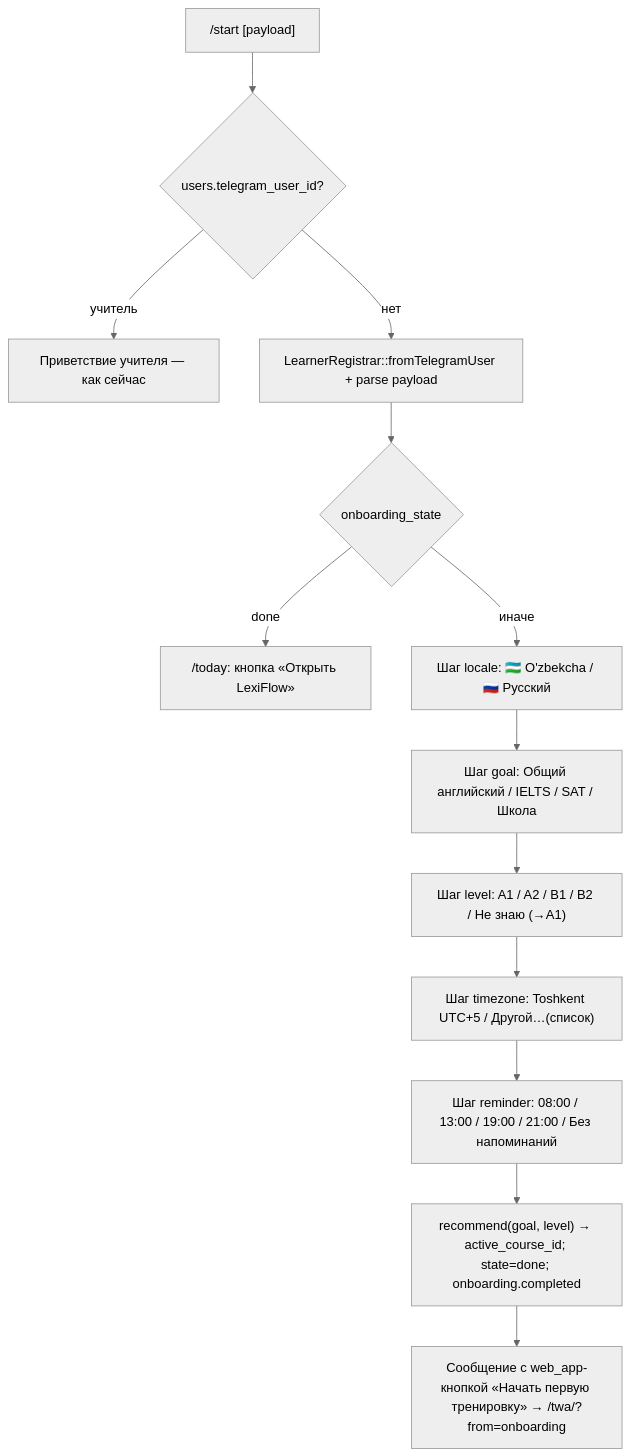
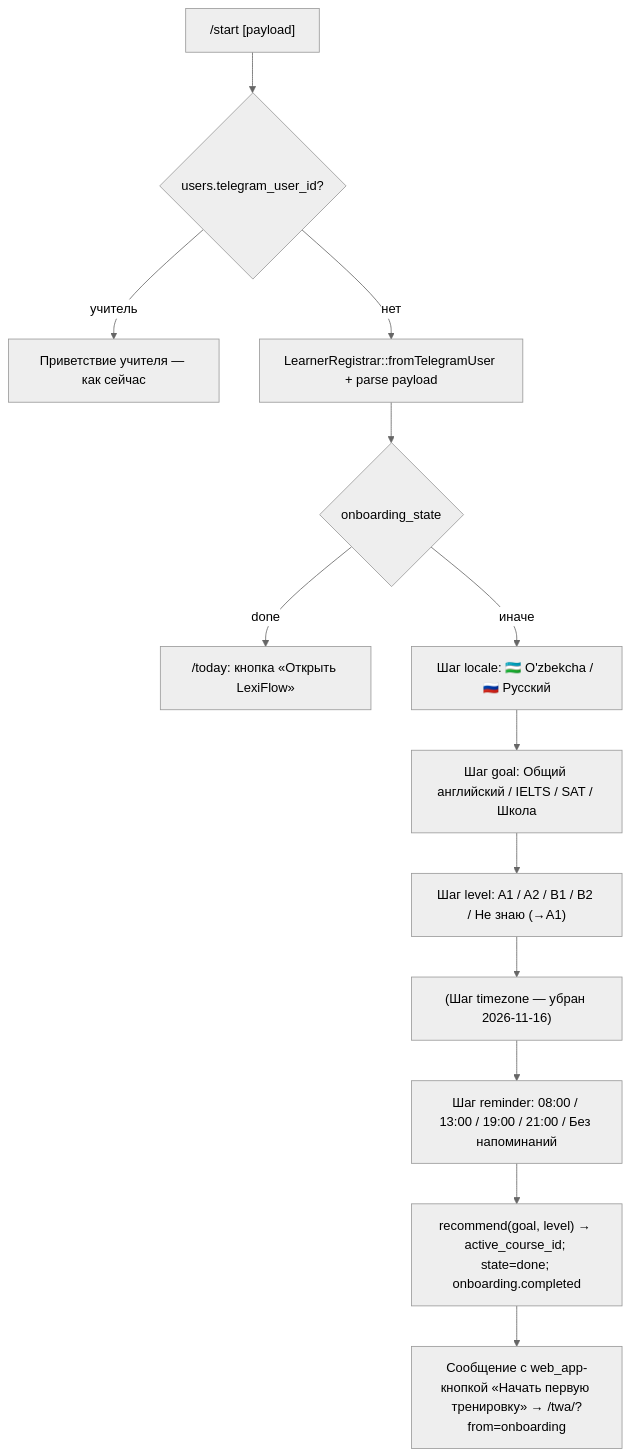
One commit to AsadbekRahimov/flash-cards changed the third of 3 diagrams in docs/12_PHASE1_DESIGN.md. Above: the diagram before and after it, drawn with Mermaid (neutral theme). The commit also changed other lines of this file and 44 other files, not shown here.

````diff
--- a/docs/12_PHASE1_DESIGN.md
+++ b/docs/12_PHASE1_DESIGN.md
@@ -836,15 +838,15 @@
 ```mermaid
 flowchart TD
     A["/start [payload]"] --> B{users.telegram_user_id?}
     B -- учитель --> T[Приветствие учителя — как сейчас]
     B -- нет --> C[LearnerRegistrar::fromTelegramUser + parse payload]
     C --> D{onboarding_state}
     D -- done --> H["/today: кнопка «Открыть LexiFlow»"]
     D -- иначе --> E["Шаг locale: 🇺🇿 O'zbekcha / 🇷🇺 Русский"]
     E --> F["Шаг goal: Общий английский / IELTS / SAT / Школа"]
     F --> G["Шаг level: A1 / A2 / B1 / B2 / Не знаю (→A1)"]
-    G --> I["Шаг timezone: Toshkent UTC+5 / Другой…(список)"]
+    G --> I["(Шаг timezone — убран 2026-11-16)"]
     I --> J["Шаг reminder: 08:00 / 13:00 / 19:00 / 21:00 / Без напоминаний"]
     J --> K["recommend(goal, level) → active_course_id; state=done; onboarding.completed"]
     K --> L["Сообщение с web_app-кнопкой «Начать первую тренировку» → /twa/?from=onboarding"]
 ```
````
